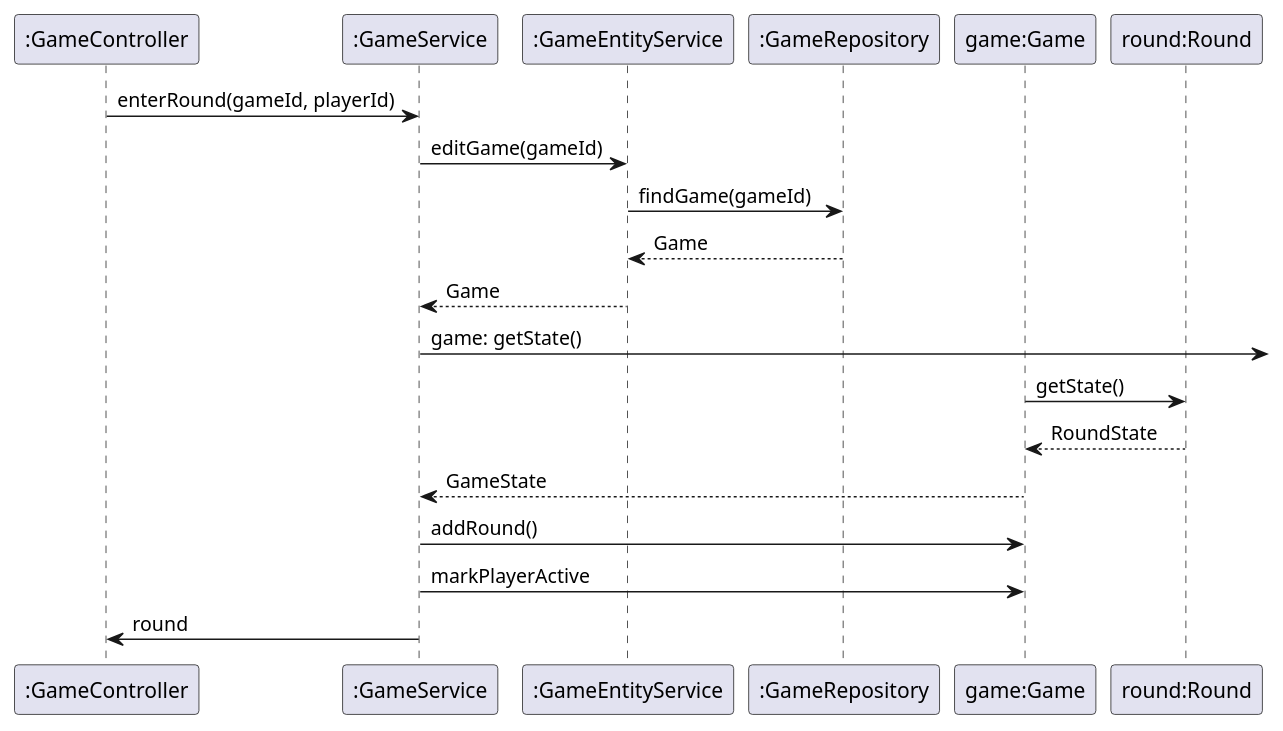
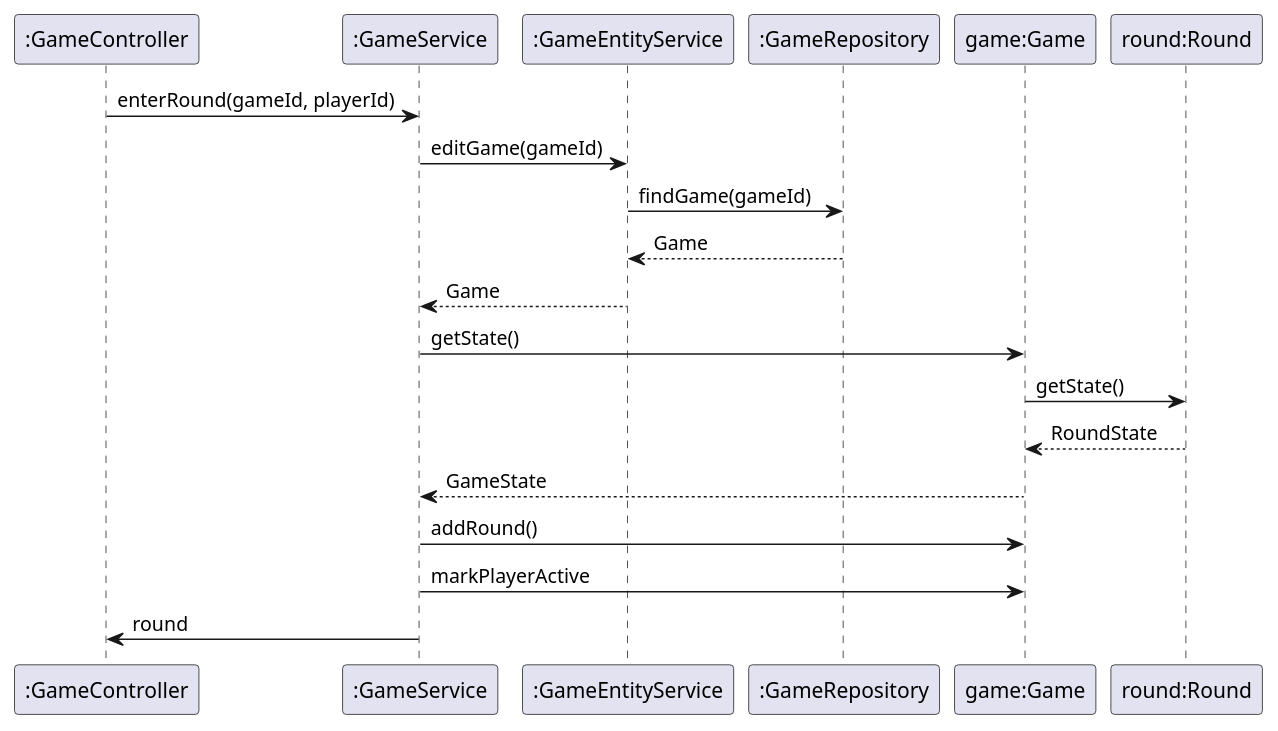
One commit to patrickwinti/worldwidewalter changed the diagram in docs/diagrams/smol/start_new_round_ssd.plantuml. Above: the diagram before and after it, drawn with PlantUML. The commit also changed 1 other file, not shown here.

```diff
--- a/docs/diagrams/smol/start_new_round_ssd.plantuml
+++ b/docs/diagrams/smol/start_new_round_ssd.plantuml
@@ -1,21 +1,21 @@
 @startuml
 participant ":GameController" as gc
 participant ":GameService" as gs
 participant ":GameEntityService" as ges
 participant ":GameRepository" as gr
 participant "game:Game" as game
 participant "round:Round" as round
 
 gc -> gs: enterRound(gameId, playerId)
 gs -> ges: editGame(gameId)
 ges -> gr : findGame(gameId)
 gr  --> ges: Game
 ges --> gs: Game
-gs -> :game: getState()
+gs -> game: getState()
 game -> round: getState()
 round --> game: RoundState
 game --> gs: GameState
 gs -> game :addRound()
 gs -> game : markPlayerActive
 gs -> gc : round
 @enduml
```
